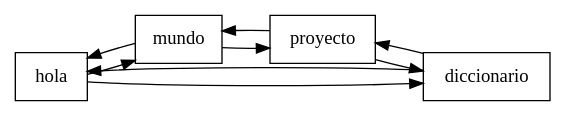
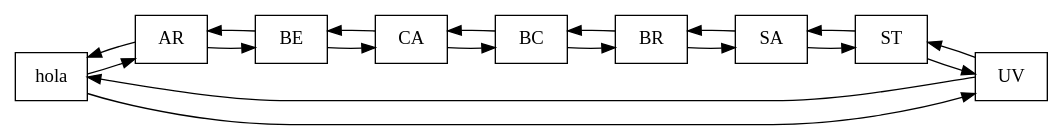
The diagram in Proyecto1/Dot/Diccionario.dot (TaTo30/EDD20S1-201800585), drawn with Graphviz before and after one commit. The commit also changed 9 other files, not shown here.

```diff
--- a/Proyecto1/Dot/Diccionario.dot
+++ b/Proyecto1/Dot/Diccionario.dot
@@ -1,10 +1,20 @@
 digraph g { rankdir=LR; node [shape=box];
-hola->mundo
-hola->diccionario
-mundo->proyecto
-mundo->hola
-proyecto->diccionario
-proyecto->mundo
-diccionario->hola
-diccionario->proyecto
+hola->AR
+hola->UV
+AR->BE
+AR->hola
+BE->CA
+BE->AR
+CA->BC
+CA->BE
+BC->BR
+BC->CA
+BR->SA
+BR->BC
+SA->ST
+SA->BR
+ST->UV
+ST->SA
+UV->hola
+UV->ST
 }
```
